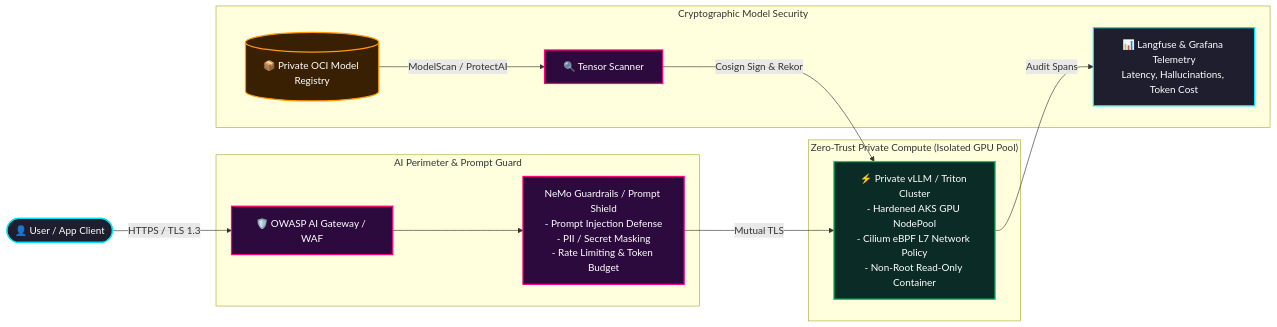
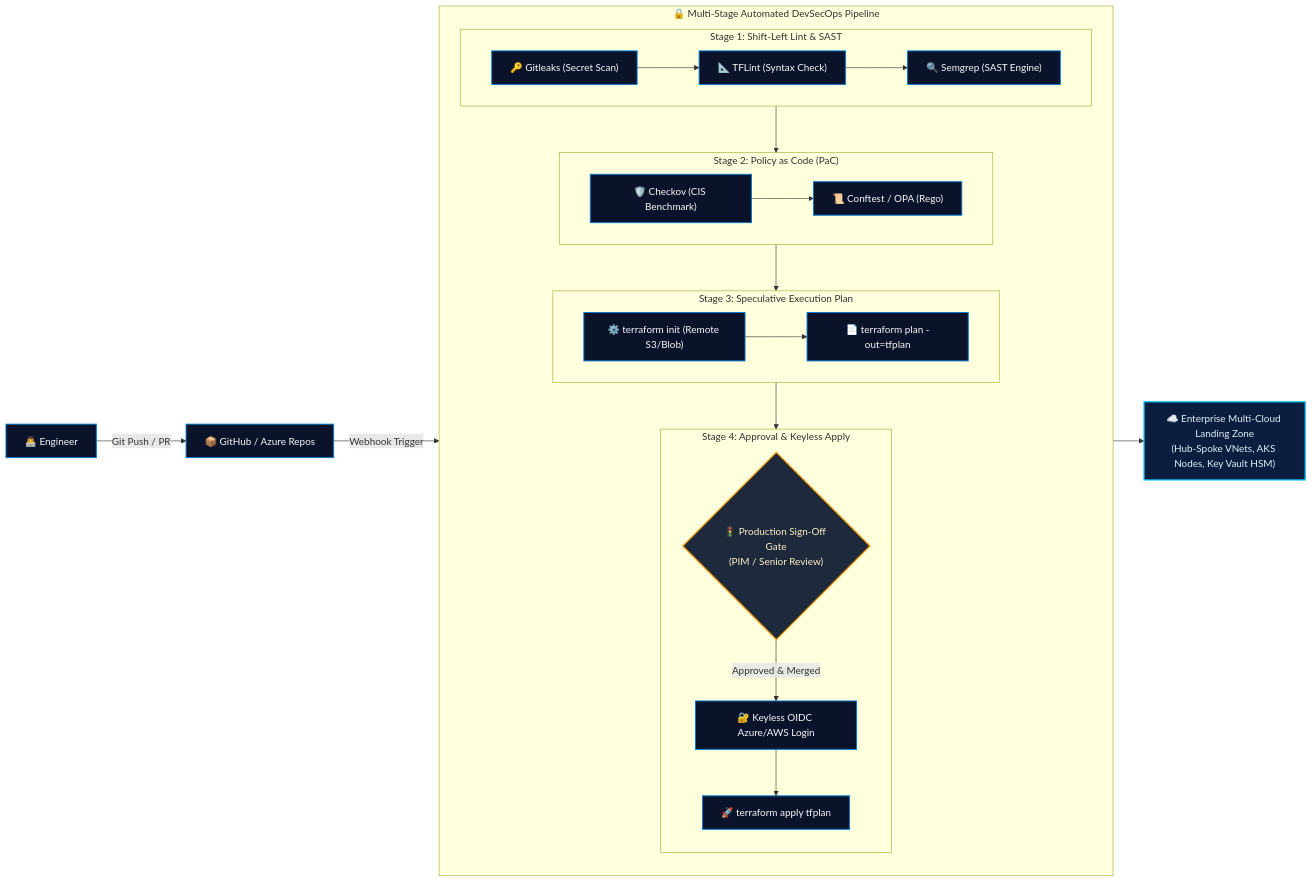
One commit to Dev-opsRahul/Dev-opsRahul changed the second of 9 diagrams in README.md. Above: the diagram before and after it, drawn with Mermaid. The commit also changed other lines of this file, not shown here.

````diff
--- a/README.md
+++ b/README.md
@@ -66,24 +132,38 @@
 ```mermaid
 flowchart LR
-    %% STYLING DEFINITIONS
-    classDef client fill:#1e1e2e,stroke:#00E5FF,stroke-width:2px,color:#ffffff;
-    classDef security fill:#2d0a3d,stroke:#FF007F,stroke-width:2px,color:#ffffff;
-    classDef compute fill:#0b2b26,stroke:#00D26A,stroke-width:2px,color:#ffffff;
-    classDef storage fill:#3a2002,stroke:#FF9900,stroke-width:2px,color:#ffffff;
+    Dev["👨‍💻 Engineer"] -->|"Git Push / PR"| SCM["📦 GitHub / Azure Repos"]
+    SCM -->|"Webhook Trigger"| Pipeline
 
-    User([👤 User / App Client]):::client -->|HTTPS / TLS 1.3| WAF[🛡️ OWASP AI Gateway / WAF]:::security
-    
-    subgraph S1 ["AI Perimeter & Prompt Guard"]
-        WAF --> Guard[NeMo Guardrails / Prompt Shield<br/>- Prompt Injection Defense<br/>- PII / Secret Masking<br/>- Rate Limiting & Token Budget]:::security
+    subgraph Pipeline["🔒 Multi-Stage Automated DevSecOps Pipeline"]
+        direction TB
+        subgraph Stage1 ["Stage 1: Shift-Left Lint & SAST"]
+            Gitleaks["🔑 Gitleaks (Secret Scan)"] --> TFLint["📐 TFLint (Syntax Check)"]
+            TFLint --> Semgrep["🔍 Semgrep (SAST Engine)"]
+        end
+
+        subgraph Stage2 ["Stage 2: Policy as Code (PaC)"]
+            Checkov["🛡️ Checkov (CIS Benchmark)"] --> OPA["📜 Conftest / OPA (Rego)"]
+        end
+
+        subgraph Stage3 ["Stage 3: Speculative Execution Plan"]
+            TFInit["⚙️ terraform init (Remote S3/Blob)"] --> TFPlan["📄 terraform plan -out=tfplan"]
+        end
+
+        subgraph Stage4 ["Stage 4: Approval & Keyless Apply"]
+            Gate{"🚦 Production Sign-Off Gate\n(PIM / Senior Review)"} -->|"Approved & Merged"| OIDC["🔐 Keyless OIDC Azure/AWS Login"]
+            OIDC --> TFApply["🚀 terraform apply tfplan"]
+        end
+
+        Stage1 --> Stage2
+        Stage2 --> Stage3
+        Stage3 --> Stage4
     end
 
-    subgraph S2 ["Zero-Trust Private Compute (Isolated GPU Pool)"]
-        Guard -->|Mutual TLS| vLLM[⚡ Private vLLM / Triton Cluster<br/>- Hardened AKS GPU NodePool<br/>- Cilium eBPF L7 Network Policy<br/>- Non-Root Read-Only Container]:::compute
-    end
+    TFApply --> Infra["☁️ Enterprise Multi-Cloud Landing Zone\n(Hub-Spoke VNets, AKS Nodes, Key Vault HSM)"]
 
-    subgraph S3 ["Cryptographic Model Security"]
-        Registry[(📦 Private OCI Model Registry)]:::storage -->|ModelScan / ProtectAI| Scan[🔍 Tensor Scanner]:::security
-        Scan -->|Cosign Sign & Rekor| vLLM
-        vLLM -->|Audit Spans| Langfuse[📊 Langfuse & Grafana Telemetry<br/>Latency, Hallucinations, Token Cost]:::client
-    end
+    classDef default fill:#0B132B,stroke:#0078D4,stroke-width:1.5px,color:#F8FAFC;
+    classDef gate fill:#1E293B,stroke:#F59E0B,stroke-width:2px,color:#FEF3C7;
+    classDef target fill:#0C1E3D,stroke:#00C7FF,stroke-width:2px,color:#E0F2FE;
+    class Gate gate;
+    class Infra target;
 ```
````
